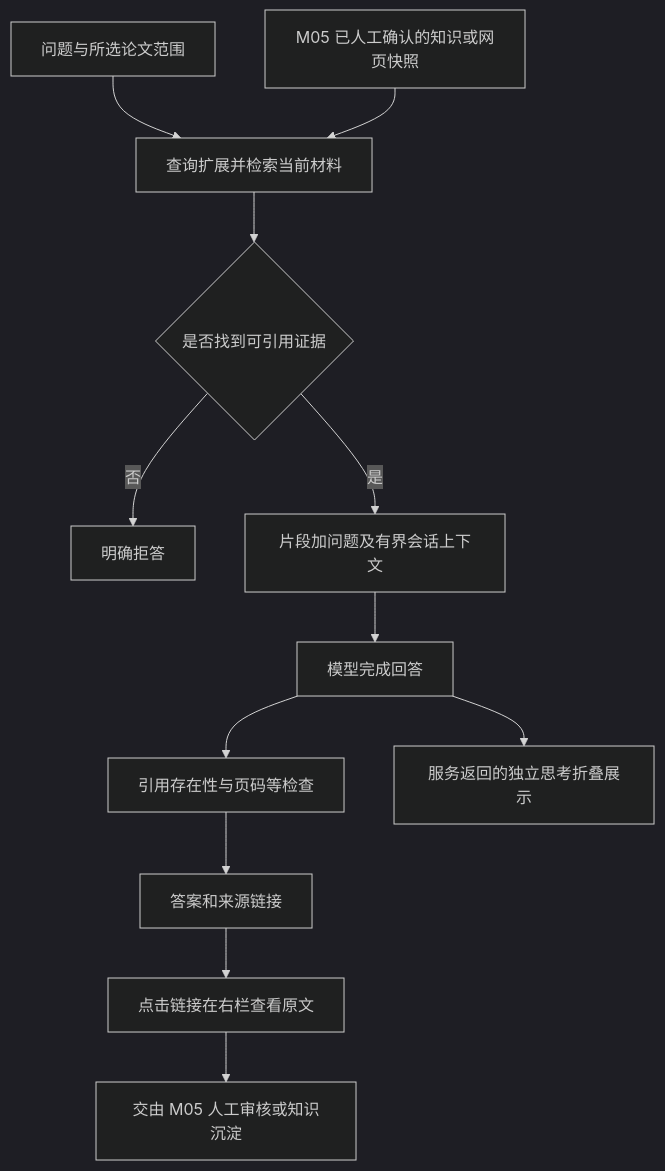
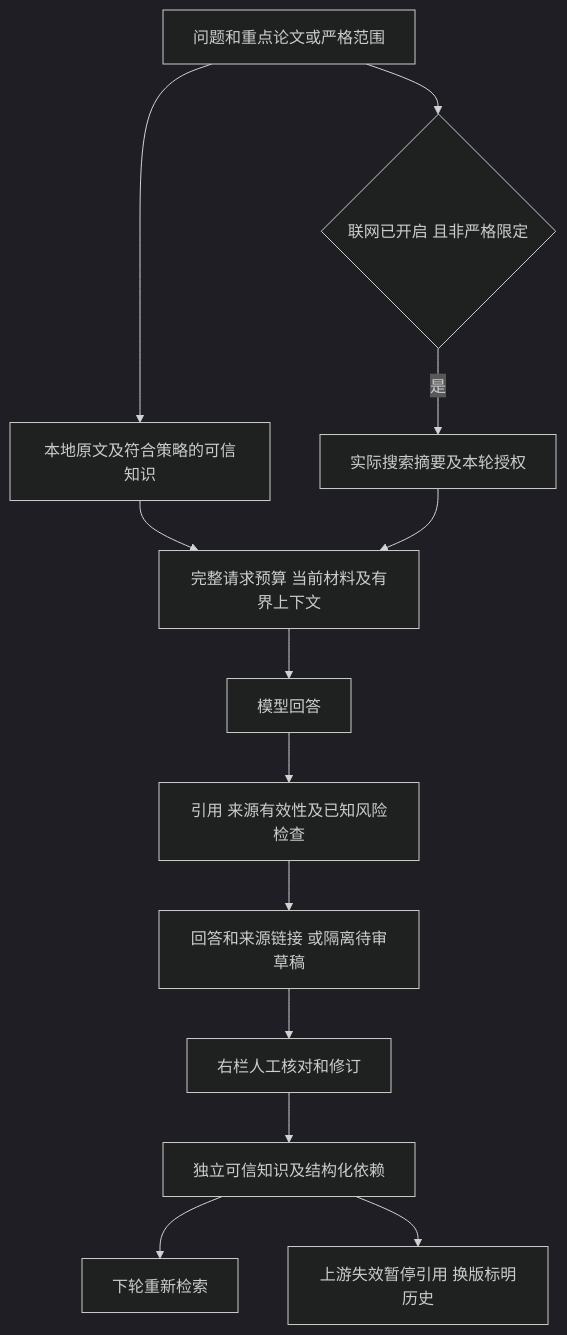
Before and after one commit to kingjone0/litprism: the first of 3 diagrams in docs/modules/04-检索问答与研究.md, drawn with Mermaid (dark theme). The commit also changed other lines of this file and 73 other files, not shown here.

````diff
--- a/docs/modules/04-检索问答与研究.md
+++ b/docs/modules/04-检索问答与研究.md
@@ -7,14 +9,15 @@
 ```mermaid
 flowchart TD
-    Q[问题与所选论文范围] --> S[查询扩展并检索当前材料]
-    K[M05 已人工确认的知识或网页快照] --> S
-    S --> E{是否找到可引用证据}
-    E -->|否| R[明确拒答]
-    E -->|是| C[片段加问题及有界会话上下文]
-    C --> M[模型完成回答]
-    M --> V[引用存在性与页码等检查]
-    V --> A[答案和来源链接]
-    M --> T[服务返回的独立思考折叠展示]
-    A --> L[点击链接在右栏查看原文]
-    L --> H[交由 M05 人工审核或知识沉淀]
+    Q[问题和重点论文或严格范围] --> L[本地原文及符合策略的可信知识]
+    Q --> W{联网已开启 且非严格限定}
+    W -->|是| X[实际搜索摘要及本轮授权]
+    L --> B[完整请求预算 当前材料及有界上下文]
+    X --> B
+    B --> M[模型回答]
+    M --> V[引用 来源有效性及已知风险检查]
+    V --> A[回答和来源链接 或隔离待审草稿]
+    A --> H[右栏人工核对和修订]
+    H --> K[独立可信知识及结构化依赖]
+    K --> N[下轮重新检索]
+    K --> C[上游失效暂停引用 换版标明历史]
 ```
````
